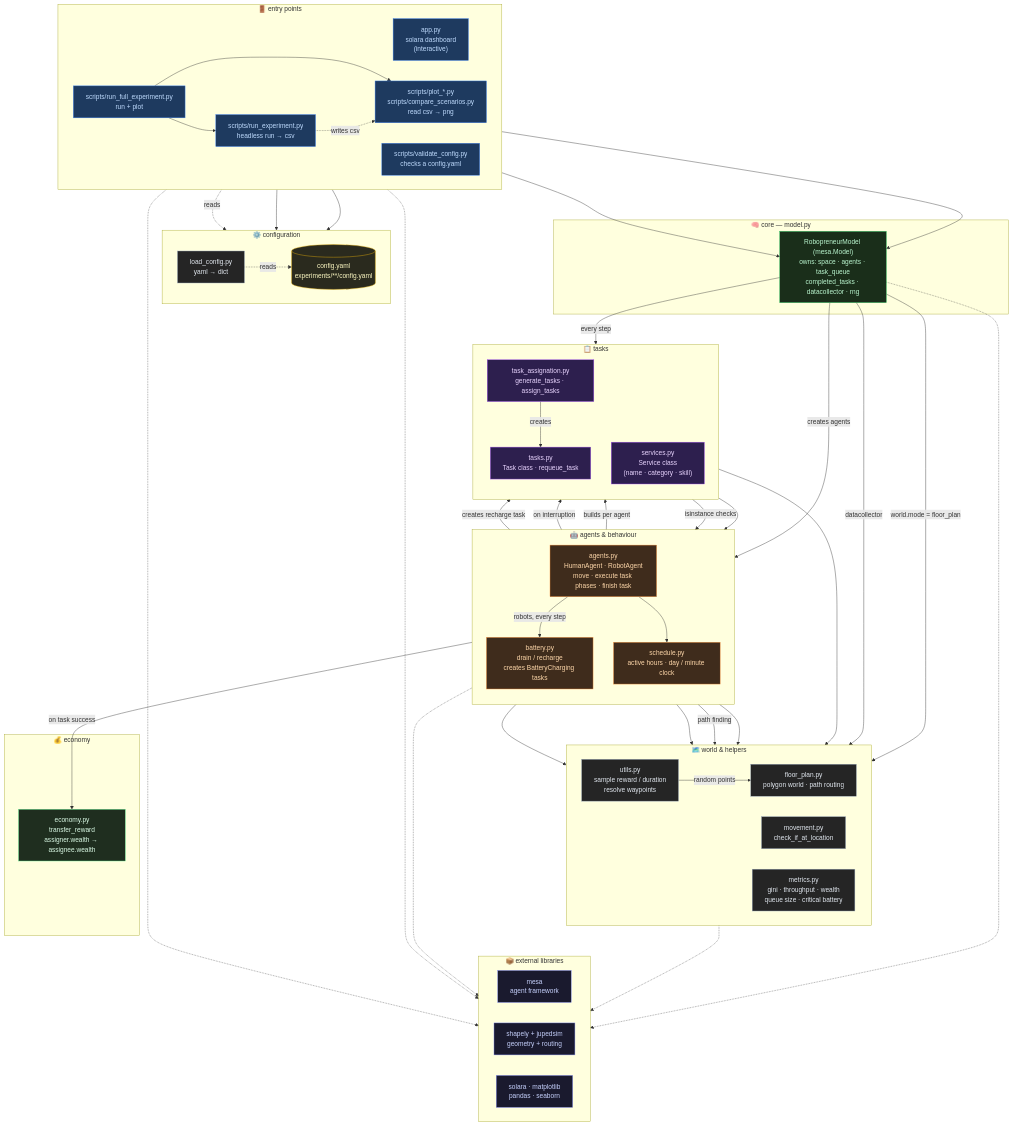
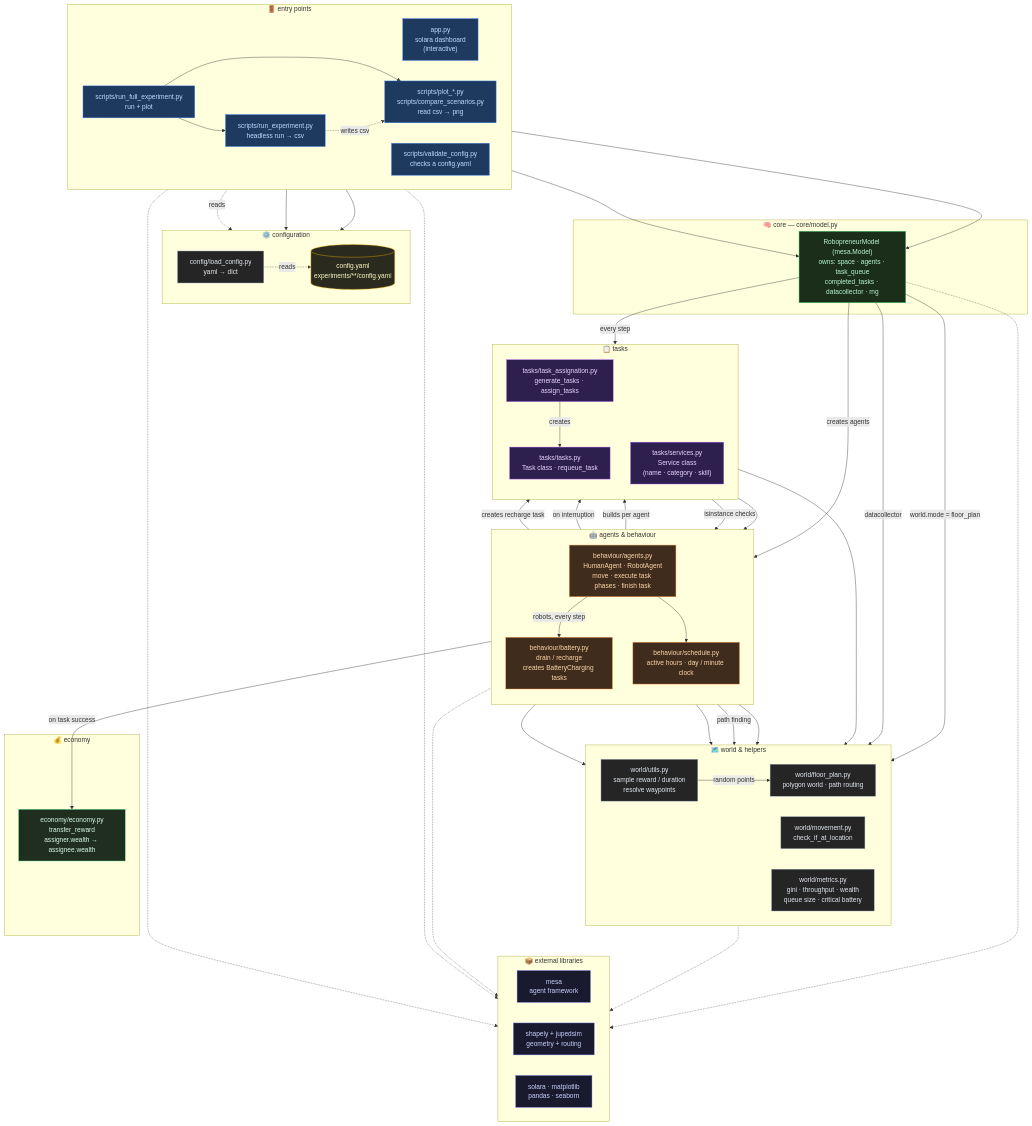
Before and after one commit to iciaradelino/robopreneur-sim: the first of 2 diagrams in docs/architecture-diagram.md, drawn with Mermaid. The commit also changed 17 other files, not shown here.

```diff
--- a/docs/architecture-diagram.md
+++ b/docs/architecture-diagram.md
@@ -29,13 +29,13 @@
   subgraph CONFIG["⚙️  configuration"]
     direction LR
     YAML[("config.yaml\nexperiments/**/config.yaml")]:::data
-    LOAD["load_config.py\nyaml → dict"]:::util
+    LOAD["config/load_config.py\nyaml → dict"]:::util
   end
 
   %% ═══════════════════════════════════════════════════════════════
   %% CORE MODEL
   %% ═══════════════════════════════════════════════════════════════
-  subgraph CORE["🧠  core  —  model.py"]
+  subgraph CORE["🧠  core  —  core/model.py"]
     MODEL["RobopreneurModel (mesa.Model)\nowns: space · agents · task_queue\ncompleted_tasks · datacollector · rng"]:::core
   end
 
@@ -44,20 +44,20 @@
   %% ═══════════════════════════════════════════════════════════════
   subgraph BEHAVIOUR["🤖  agents & behaviour"]
     direction TB
-    AGENTS["agents.py\nHumanAgent · RobotAgent\nmove · execute task phases · finish task"]:::agent
-    BATT["battery.py\ndrain / recharge\ncreates BatteryCharging tasks"]:::agent
-    SCHED["schedule.py\nactive hours · day / minute clock"]:::agent
+    AGENTS["behaviour/agents.py\nHumanAgent · RobotAgent\nmove · execute task phases · finish task"]:::agent
+    BATT["behaviour/battery.py\ndrain / recharge\ncreates BatteryCharging tasks"]:::agent
+    SCHED["behaviour/schedule.py\nactive hours · day / minute clock"]:::agent
   end
 
   subgraph TASKS["📋  tasks"]
     direction TB
-    TA["task_assignation.py\ngenerate_tasks · assign_tasks"]:::task
-    TASKPY["tasks.py\nTask class · requeue_task"]:::task
-    SERV["services.py\nService class\n(name · category · skill)"]:::task
+    TA["tasks/task_assignation.py\ngenerate_tasks · assign_tasks"]:::task
+    TASKPY["tasks/tasks.py\nTask class · requeue_task"]:::task
+    SERV["tasks/services.py\nService class\n(name · category · skill)"]:::task
   end
 
   subgraph ECON["💰  economy"]
-    ECO["economy.py\ntransfer_reward\nassigner.wealth → assignee.wealth"]:::economy
+    ECO["economy/economy.py\ntransfer_reward\nassigner.wealth → assignee.wealth"]:::economy
   end
 
   %% ═══════════════════════════════════════════════════════════════
@@ -65,10 +65,10 @@
   %% ═══════════════════════════════════════════════════════════════
   subgraph WORLD["🗺️  world & helpers"]
     direction LR
-    FP["floor_plan.py\npolygon world · path routing"]:::util
-    MOV["movement.py\ncheck_if_at_location"]:::util
-    UTIL["utils.py\nsample reward / duration\nresolve waypoints"]:::util
-    MET["metrics.py\ngini · throughput · wealth\nqueue size · critical battery"]:::util
+    FP["world/floor_plan.py\npolygon world · path routing"]:::util
+    MOV["world/movement.py\ncheck_if_at_location"]:::util
+    UTIL["world/utils.py\nsample reward / duration\nresolve waypoints"]:::util
+    MET["world/metrics.py\ngini · throughput · wealth\nqueue size · critical battery"]:::util
   end
 
   %% ═══════════════════════════════════════════════════════════════
```
